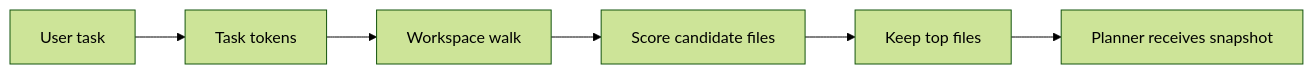
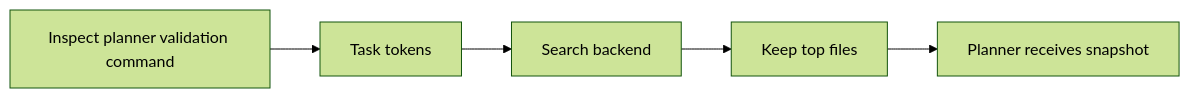
Before and after one commit to w1ne/ProjectKitty: the third of 4 diagrams in docs/articles/ARTICLE_2_READING_CODE.md, drawn with Mermaid (forest theme). The commit also changed other lines of this file and 4 other files, not shown here.

Commit message:
Finish article 2 intelligence flow

````diff
--- a/docs/articles/ARTICLE_2_READING_CODE.md
+++ b/docs/articles/ARTICLE_2_READING_CODE.md
@@ -83,8 +84,7 @@
 ```mermaid
 flowchart LR
-    T[User task] --> K[Task tokens]
-    K --> W[Workspace walk]
-    W --> S[Score candidate files]
+    T[Inspect planner validation command] --> K[Task tokens]
+    K --> S[Search backend]
     S --> L[Keep top files]
     L --> P[Planner receives snapshot]
 ```
````
